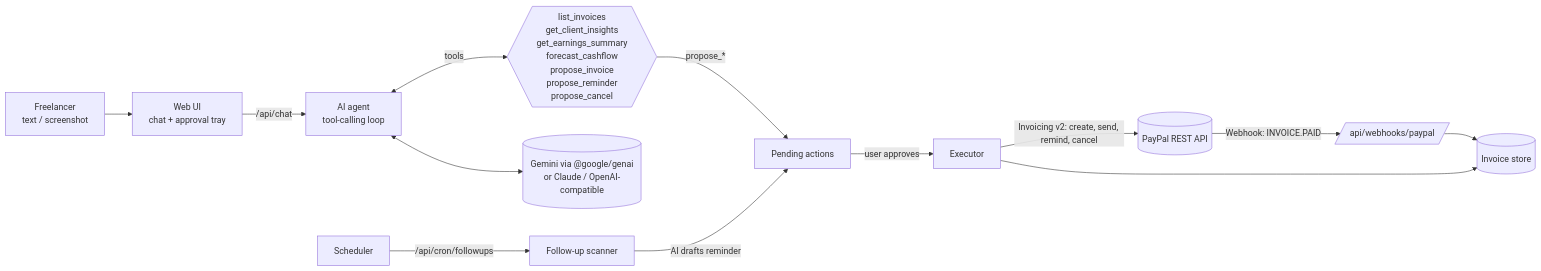
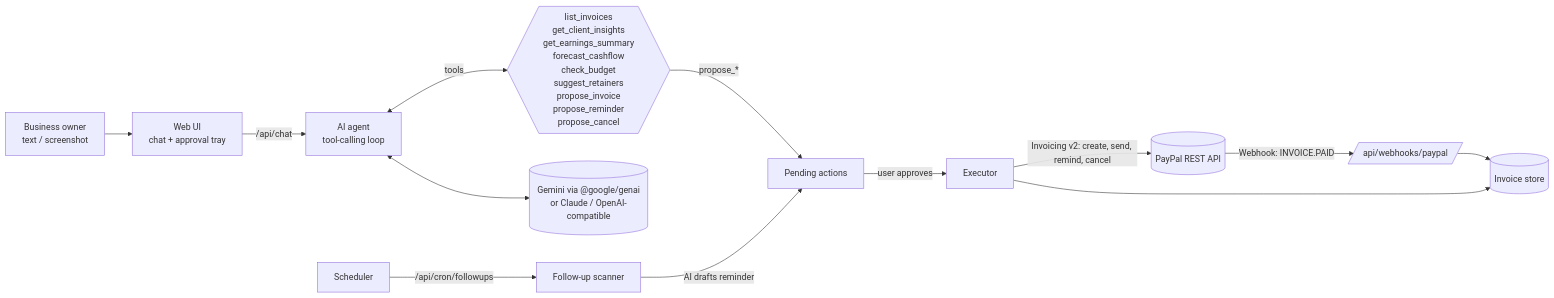
The diagram in README.md (Arpit052/paypilot), drawn with Mermaid before and after one commit. The commit also changed other lines of this file and 28 other files, not shown here.

First line of the commit message:
Budget Estimator, suggested retainers, business types with sample businesses

````diff
--- a/README.md
+++ b/README.md
@@ -77,14 +95,14 @@
 ```mermaid
 flowchart LR
-  U[Freelancer<br/>text / screenshot] --> UI[Web UI<br/>chat + approval tray]
+  U[Business owner<br/>text / screenshot] --> UI[Web UI<br/>chat + approval tray]
   UI -->|/api/chat| AG[AI agent<br/>tool-calling loop]
-  AG <-->|tools| T{{list_invoices<br/>get_client_insights<br/>get_earnings_summary<br/>forecast_cashflow<br/>propose_invoice<br/>propose_reminder<br/>propose_cancel}}
+  AG <-->|tools| T{{list_invoices<br/>get_client_insights<br/>get_earnings_summary<br/>forecast_cashflow<br/>check_budget<br/>suggest_retainers<br/>propose_invoice<br/>propose_reminder<br/>propose_cancel}}
   AG <--> LLM[(Gemini via @google/genai<br/>or Claude / OpenAI-compatible)]
   T -->|propose_*| Q[Pending actions]
   Q -->|user approves| EX[Executor]
   EX -->|Invoicing v2: create, send, remind, cancel| PP[(PayPal REST API)]
   PP -->|Webhook: INVOICE.PAID| WH[/api/webhooks/paypal/]
   WH --> DB[(Invoice store)]
   EX --> DB
   CRON[Scheduler] -->|/api/cron/followups| FU[Follow-up scanner] -->|AI drafts reminder| Q
 ```
````
